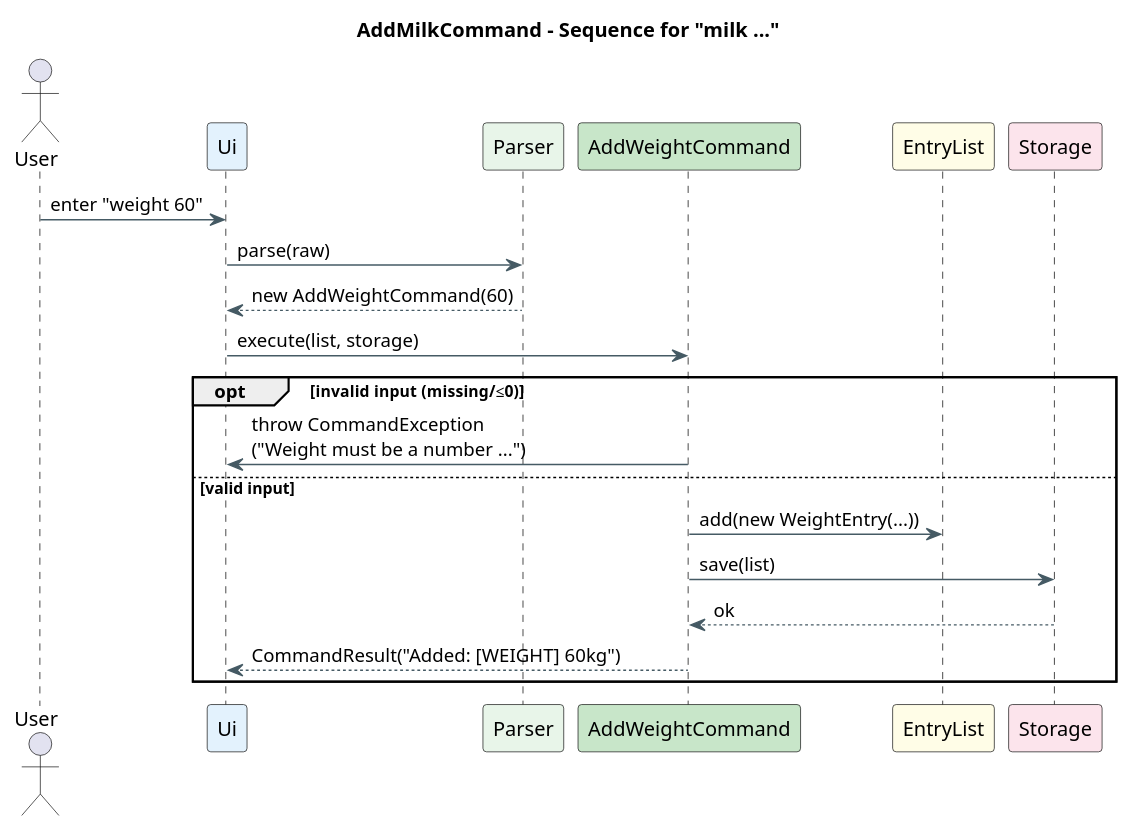
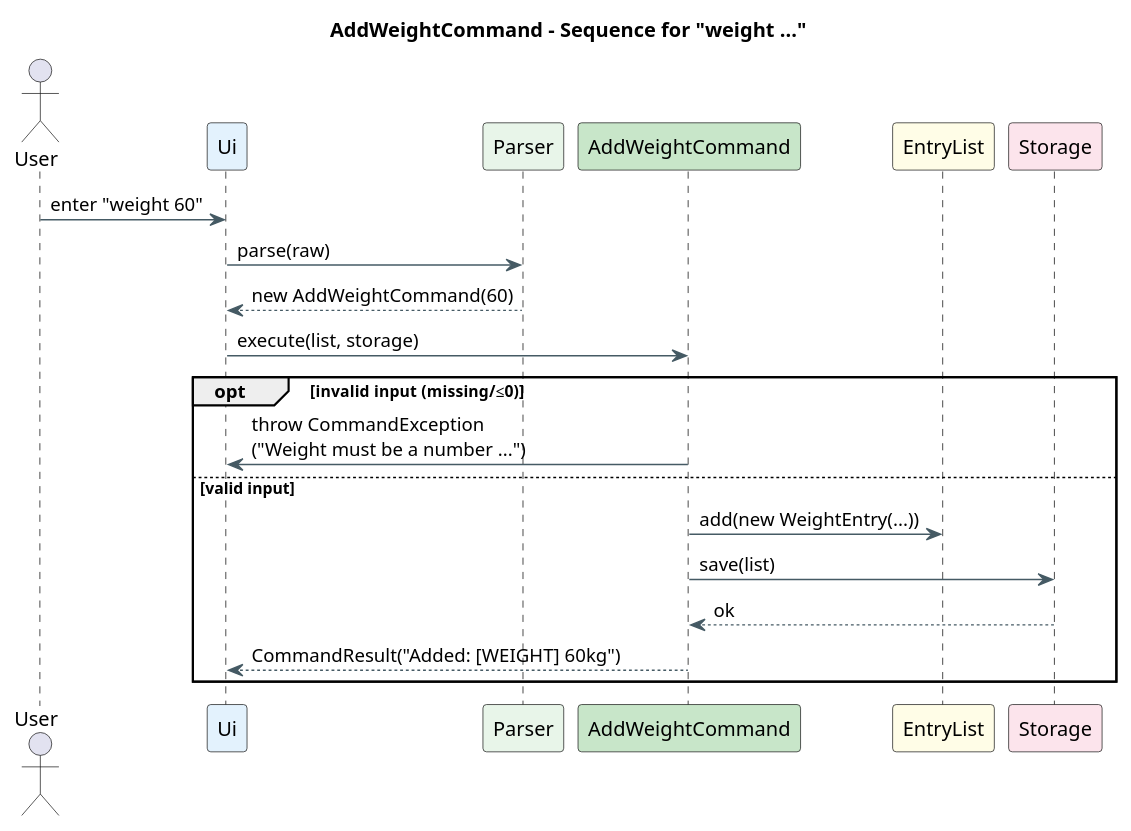
Before and after one commit to Ibrashoukry/tp: the diagram in docs/diagrams/AddWeight_SequenceDiagram.puml, drawn with PlantUML. The commit also changed 2 other files, not shown here.

Commit message:
(#182) Fix diagram title for AddWeightCommand sequence diagram

```diff
--- a/docs/diagrams/AddWeight_SequenceDiagram.puml
+++ b/docs/diagrams/AddWeight_SequenceDiagram.puml
@@ -1,36 +1,36 @@
 @startuml
 ' ===== Sequence: measure waist/70 hips/98 chest/90 thigh/55 arm/30 =====
-title AddMilkCommand - Sequence for "milk ..."
+title AddWeightCommand - Sequence for "weight ..."
 
 skinparam shadowing false
 skinparam defaultFontName Arial
 skinparam sequence {
   LifeLineBorderColor black
   BoxBorderColor #90A4AE
   BoxBackgroundColor #F5F7FA
   ArrowColor #455A64
   ArrowThickness 1
 }
 
 actor User
 participant Ui           as UI  #E3F2FD
 participant Parser       as PR  #E8F5E9
 participant AddWeightCommand as AMC #C8E6C9
 participant EntryList    as LIST #FFFDE7
 participant Storage      as ST   #FCE4EC
 
 User -> UI : enter "weight 60"
 UI -> PR  : parse(raw)
 PR --> UI  : new AddWeightCommand(60)
 UI -> AMC : execute(list, storage)
 
 opt invalid input (missing/≤0)
   AMC -> UI : throw CommandException\n("Weight must be a number ...")
 else valid input
   AMC -> LIST : add(new WeightEntry(...))
   AMC -> ST   : save(list)
   ST --> AMC  : ok
   AMC --> UI  : CommandResult("Added: [WEIGHT] 60kg")
 end
 
 @enduml
```
